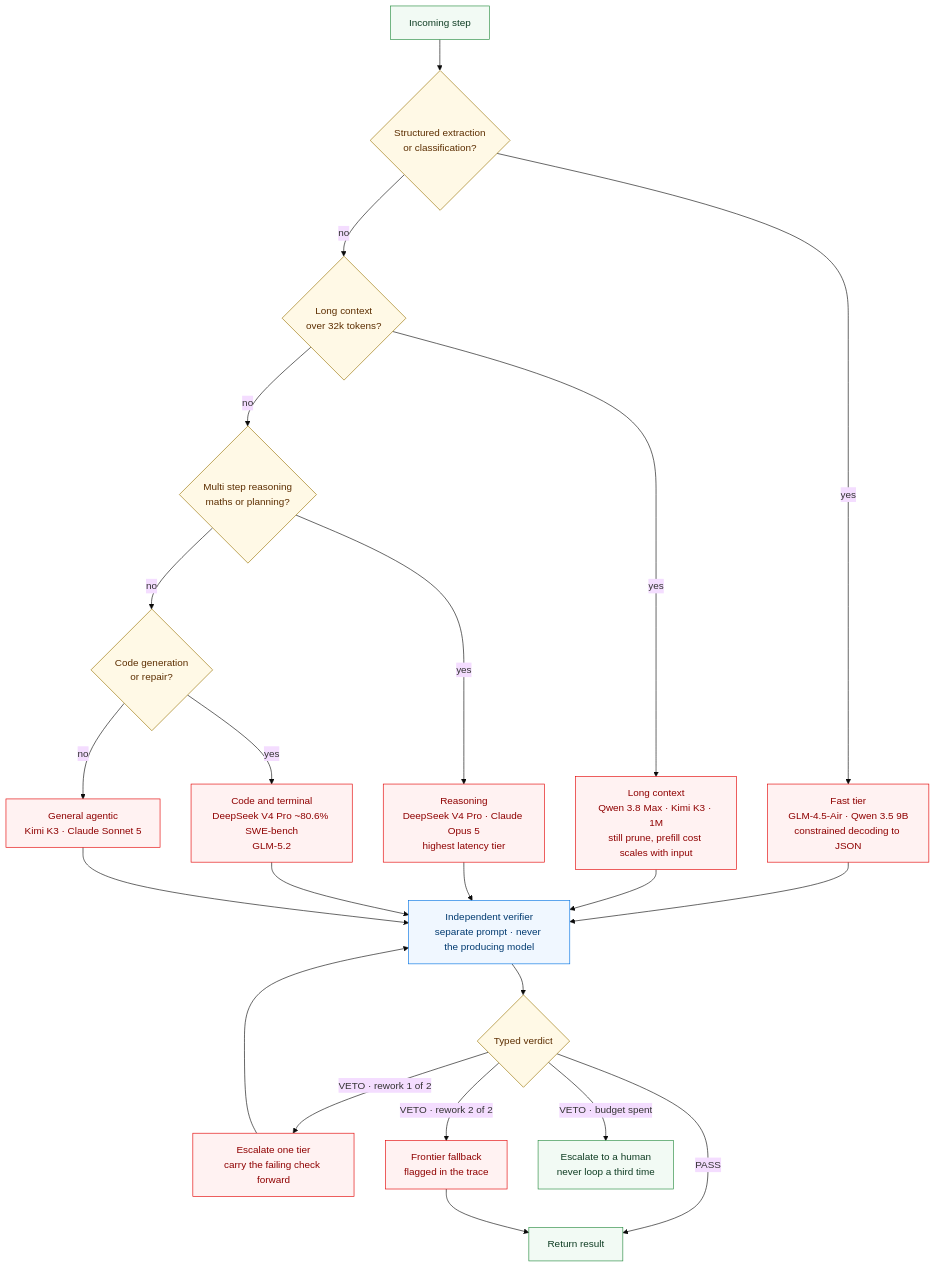
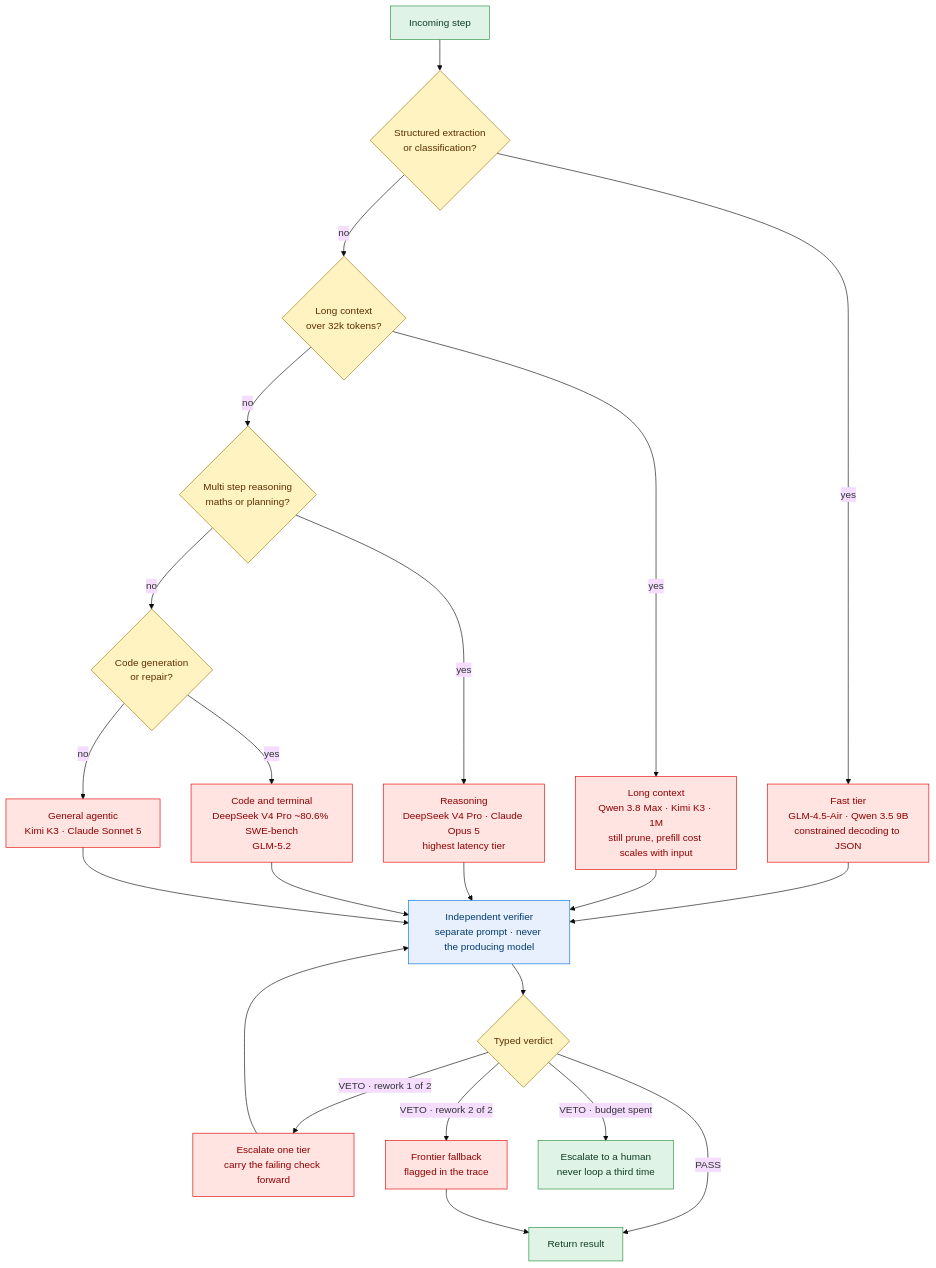
Before and after one commit to mlvpatel/open-weight-agent-stack: the sixth of 18 diagrams in MANUAL.md, drawn with Mermaid (base theme). The commit also changed other lines of this file and 36 other files, not shown here.

First line of the commit message:
feat: render diagrams on Pages, richer palette

````diff
--- a/MANUAL.md
+++ b/MANUAL.md
@@ -602,36 +602,36 @@
 ```mermaid
 flowchart TB
     S["Incoming step"] --> C1{"Structured extraction<br/>or classification?"}
     C1 -->|yes| SMALL["Fast tier<br/>GLM-4.5-Air · Qwen 3.5 9B<br/>constrained decoding to JSON"]
     C1 -->|no| C2{"Long context<br/>over 32k tokens?"}
     C2 -->|yes| LONG["Long context<br/>Qwen 3.8 Max · Kimi K3 · 1M<br/>still prune, prefill cost scales with input"]
     C2 -->|no| C3{"Multi step reasoning<br/>maths or planning?"}
     C3 -->|yes| REASON["Reasoning<br/>DeepSeek V4 Pro · Claude Opus 5<br/>highest latency tier"]
     C3 -->|no| C4{"Code generation<br/>or repair?"}
     C4 -->|yes| CODE["Code and terminal<br/>DeepSeek V4 Pro ~80.6% SWE-bench<br/>GLM-5.2"]
     C4 -->|no| GEN["General agentic<br/>Kimi K3 · Claude Sonnet 5"]
 
     SMALL --> V["Independent verifier<br/>separate prompt · never the producing model"]
     LONG --> V
     REASON --> V
     CODE --> V
     GEN --> V
 
     V --> Q{"Typed verdict"}
     Q -->|PASS| OUT["Return result"]
     Q -->|VETO · rework 1 of 2| UP["Escalate one tier<br/>carry the failing check forward"]
     UP --> V
     Q -->|VETO · rework 2 of 2| CLOUD["Frontier fallback<br/>flagged in the trace"]
     CLOUD --> OUT
     Q -->|VETO · budget spent| ESC["Escalate to a human<br/>never loop a third time"]
 
-    classDef decision fill:#fff9e6,stroke:#997404,color:#5c2e00
-    classDef model fill:#fff2f2,stroke:#e30000,color:#8f0000
-    classDef out fill:#f2faf4,stroke:#248a3d,color:#0f3d23
-    classDef check fill:#f0f7ff,stroke:#0071e3,color:#003a70
+    classDef decision fill:#fff3c2,stroke:#997404,color:#5c2e00
+    classDef model fill:#ffe4e2,stroke:#e30000,color:#8f0000
+    classDef out fill:#dff3e6,stroke:#248a3d,color:#0f3d23
+    classDef check fill:#e8f0fe,stroke:#0071e3,color:#003a70
 
     class C1,C2,C3,C4,Q decision
     class SMALL,LONG,REASON,CODE,GEN,UP,CLOUD model
     class V check
     class S,OUT,ESC out
 ```
````
